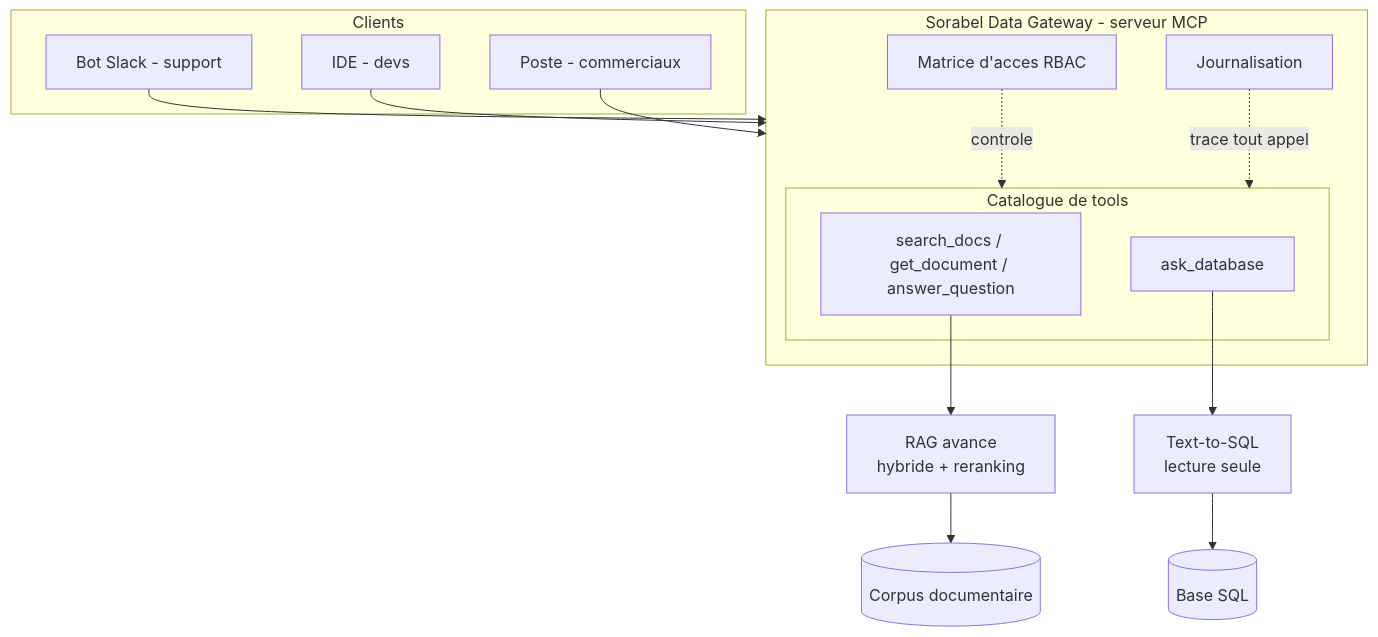
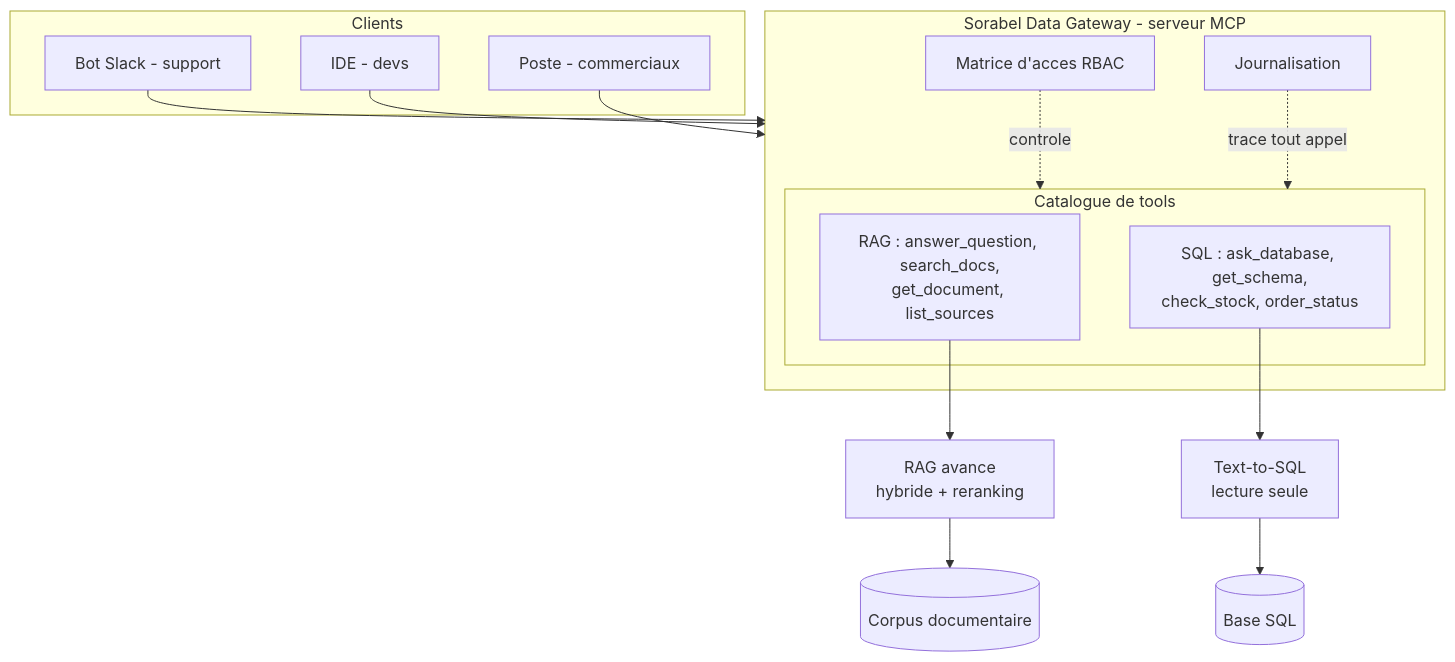
One commit to Bealph/sorabel-gateway changed the diagram in README.md. Above: the diagram before and after it, drawn with Mermaid. The commit also changed other lines of this file and 17 other files, not shown here.

````diff
--- a/README.md
+++ b/README.md
@@ -28,30 +28,30 @@
 ```mermaid
 flowchart TD
     subgraph Clients
         A1[Bot Slack - support]
         A2[IDE - devs]
         A3[Poste - commerciaux]
     end
 
     A1 --> G
     A2 --> G
     A3 --> G
 
     subgraph G[Sorabel Data Gateway - serveur MCP]
         RBAC[Matrice d'acces RBAC]
         LOG[Journalisation]
         subgraph Tools[Catalogue de tools]
-            T1[search_docs / get_document / answer_question]
-            T2[ask_database]
+            T1[RAG : answer_question, search_docs,<br/>get_document, list_sources]
+            T2[SQL : ask_database, get_schema,<br/>check_stock, order_status]
         end
     end
 
     RBAC -.controle.-> Tools
     LOG  -.trace tout appel.-> Tools
 
     T1 --> RAG[RAG avance<br/>hybride + reranking]
     T2 --> SQL[Text-to-SQL<br/>lecture seule]
 
     RAG --> C[(Corpus documentaire)]
     SQL --> D[(Base SQL)]
 ```
````
